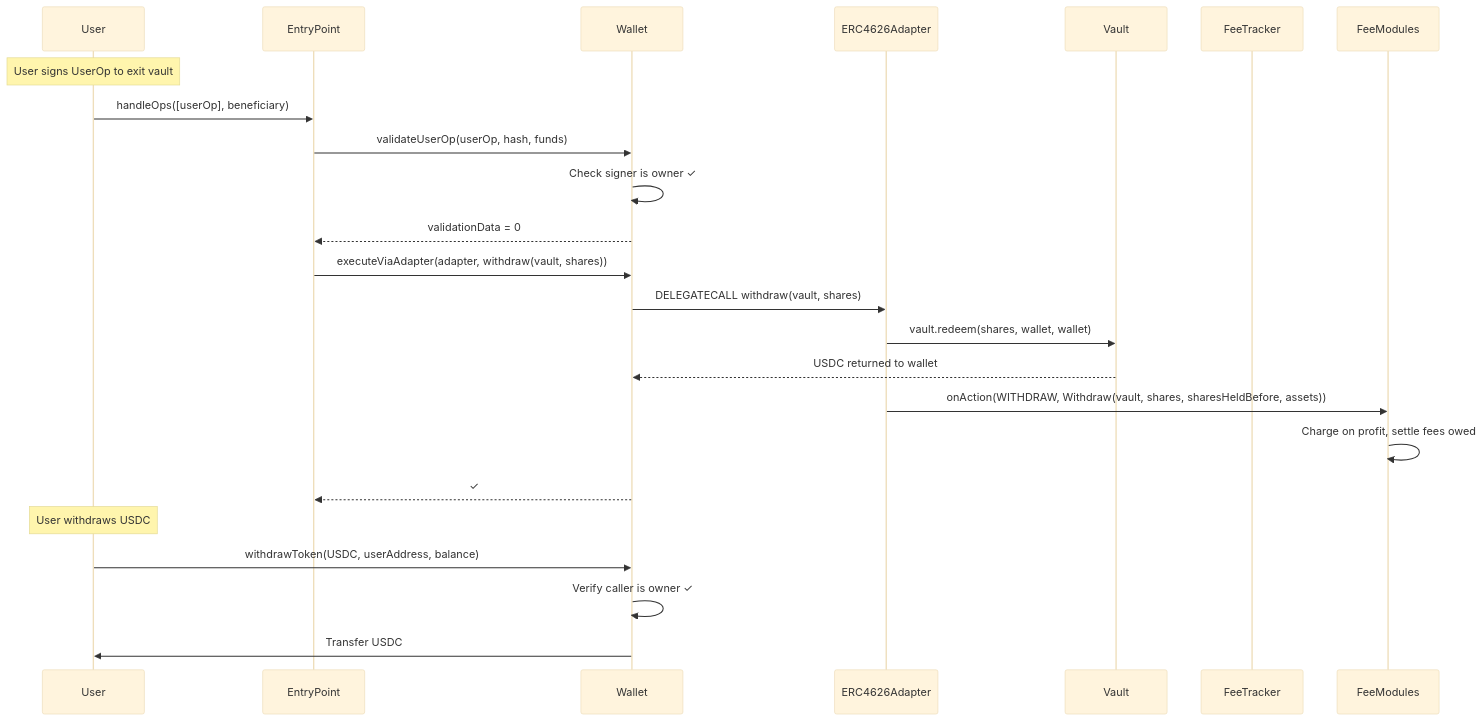
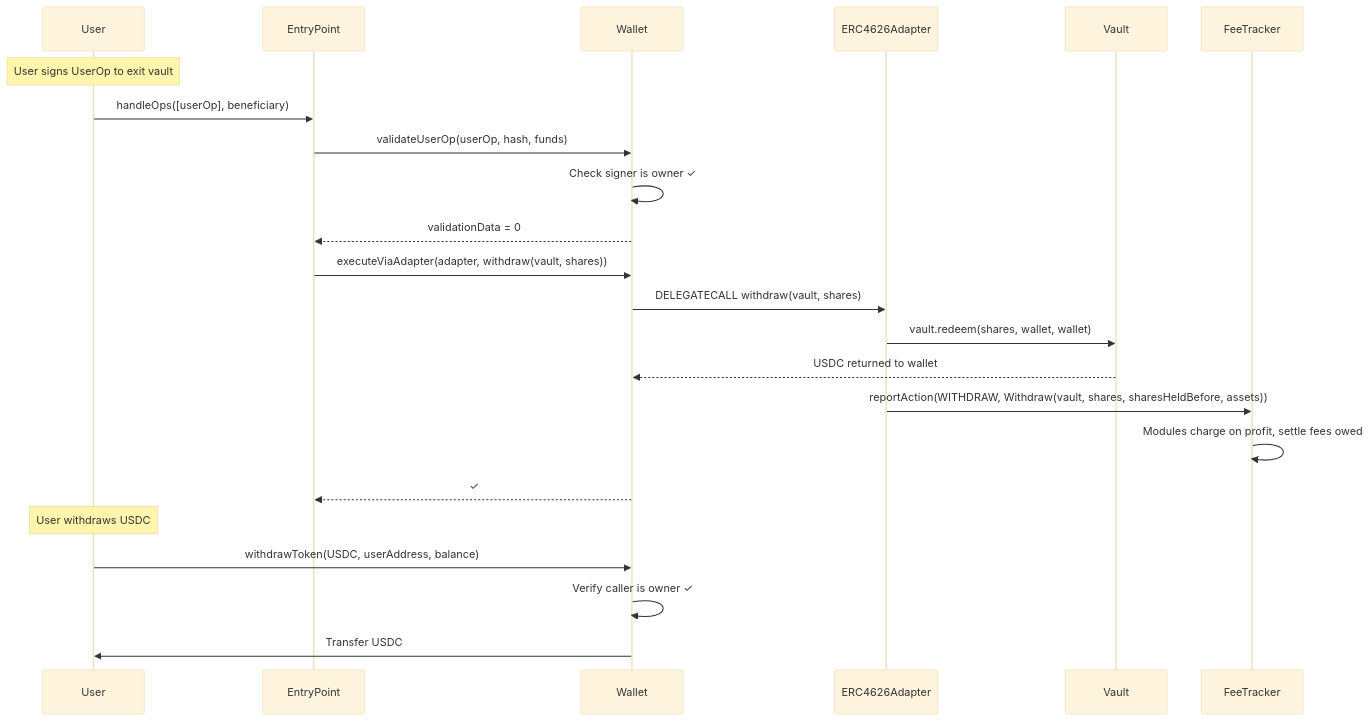
One commit to tokenpage/yieldseeker-contracts changed the fourth of 6 diagrams in README.md. Above: the diagram before and after it, drawn with Mermaid (base theme). The commit also changed other lines of this file and 42 other files, not shown here.

Commit message:
Fees: tracker runs the module loop (reportAction); tracker-only modules; isAccountedToken; initWalletPlans/FeePlanChoice with a timelock-set wallet factory; lending checkpoint; production gas benchmark

````diff
--- a/README.md
+++ b/README.md
@@ -674,27 +674,27 @@
 ```mermaid
 sequenceDiagram
     participant User
     participant EP as EntryPoint
     participant Wallet
     participant Adapter as ERC4626Adapter
     participant Vault
     participant FeeTracker
 
     Note over User: User signs UserOp to exit vault
     User->>EP: handleOps([userOp], beneficiary)
     EP->>Wallet: validateUserOp(userOp, hash, funds)
     Wallet->>Wallet: Check signer is owner ✓
     Wallet-->>EP: validationData = 0
     EP->>Wallet: executeViaAdapter(adapter, withdraw(vault, shares))
     Wallet->>Adapter: DELEGATECALL withdraw(vault, shares)
     Adapter->>Vault: vault.redeem(shares, wallet, wallet)
     Vault-->>Wallet: USDC returned to wallet
-    Adapter->>FeeModules: onAction(WITHDRAW, Withdraw(vault, shares, sharesHeldBefore, assets))
-    FeeModules->>FeeModules: Charge on profit, settle fees owed
+    Adapter->>FeeTracker: reportAction(WITHDRAW, Withdraw(vault, shares, sharesHeldBefore, assets))
+    FeeTracker->>FeeTracker: Modules charge on profit, settle fees owed
     Wallet-->>EP: ✓
 
     Note over User: User withdraws USDC
     User->>Wallet: withdrawToken(USDC, userAddress, balance)
     Wallet->>Wallet: Verify caller is owner ✓
     Wallet->>User: Transfer USDC
 ```
````
